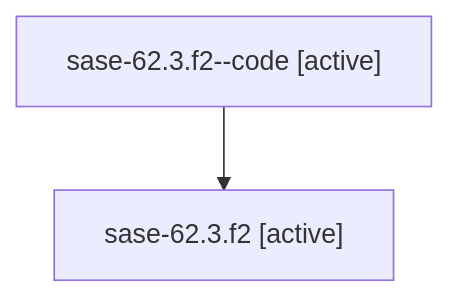
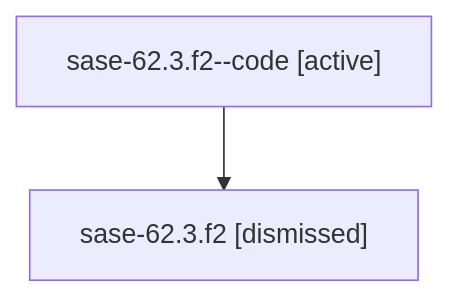
The diagram in sessions/bbugyi200.athena.sase-62.3.f2.md (sase-org/sase--agents), drawn with Mermaid before and after one commit. The commit also changed other lines of this file and 46 other files, not shown here.

````diff
--- a/sessions/bbugyi200.athena.sase-62.3.f2.md
+++ b/sessions/bbugyi200.athena.sase-62.3.f2.md
@@ -9,6 +9,6 @@
 ```mermaid
 flowchart TD
   n0["sase-62.3.f2--code [active]"]
-  n1["sase-62.3.f2 [active]"]
+  n1["sase-62.3.f2 [dismissed]"]
   n0 --> n1
 ```
````
